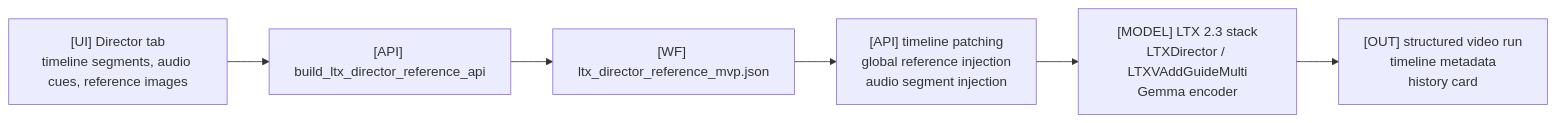
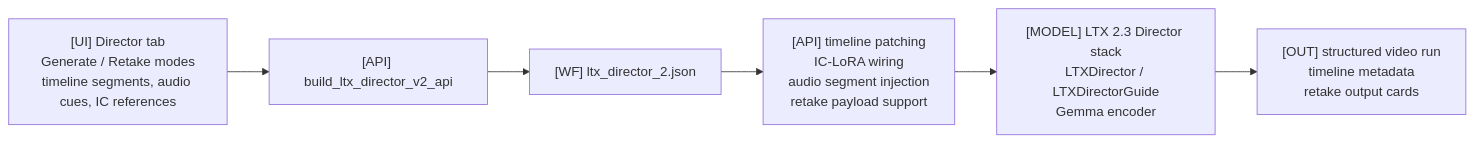
One commit to ai2764/Camera-lab changed the third of 6 diagrams in README.md. Above: the diagram before and after it, drawn with Mermaid. The commit also changed other lines of this file and 5 other files, not shown here.

````diff
--- a/README.md
+++ b/README.md
@@ -99,11 +99,11 @@
 ```mermaid
 flowchart LR
-  UI["[UI] Director tab<br/>timeline segments, audio cues, reference images"]
-  API["[API] build_ltx_director_reference_api"]
-  WF["[WF] ltx_director_reference_mvp.json"]
-  PATCH["[API] timeline patching<br/>global reference injection<br/>audio segment injection"]
-  MODEL["[MODEL] LTX 2.3 stack<br/>LTXDirector / LTXVAddGuideMulti<br/>Gemma encoder"]
-  OUT["[OUT] structured video run<br/>timeline metadata<br/>history card"]
+  UI["[UI] Director tab<br/>Generate / Retake modes<br/>timeline segments, audio cues, IC references"]
+  API["[API] build_ltx_director_v2_api"]
+  WF["[WF] ltx_director_2.json"]
+  PATCH["[API] timeline patching<br/>IC-LoRA wiring<br/>audio segment injection<br/>retake payload support"]
+  MODEL["[MODEL] LTX 2.3 Director stack<br/>LTXDirector / LTXDirectorGuide<br/>Gemma encoder"]
+  OUT["[OUT] structured video run<br/>timeline metadata<br/>retake output cards"]
 
   UI --> API --> WF --> PATCH --> MODEL --> OUT
 ```
````
